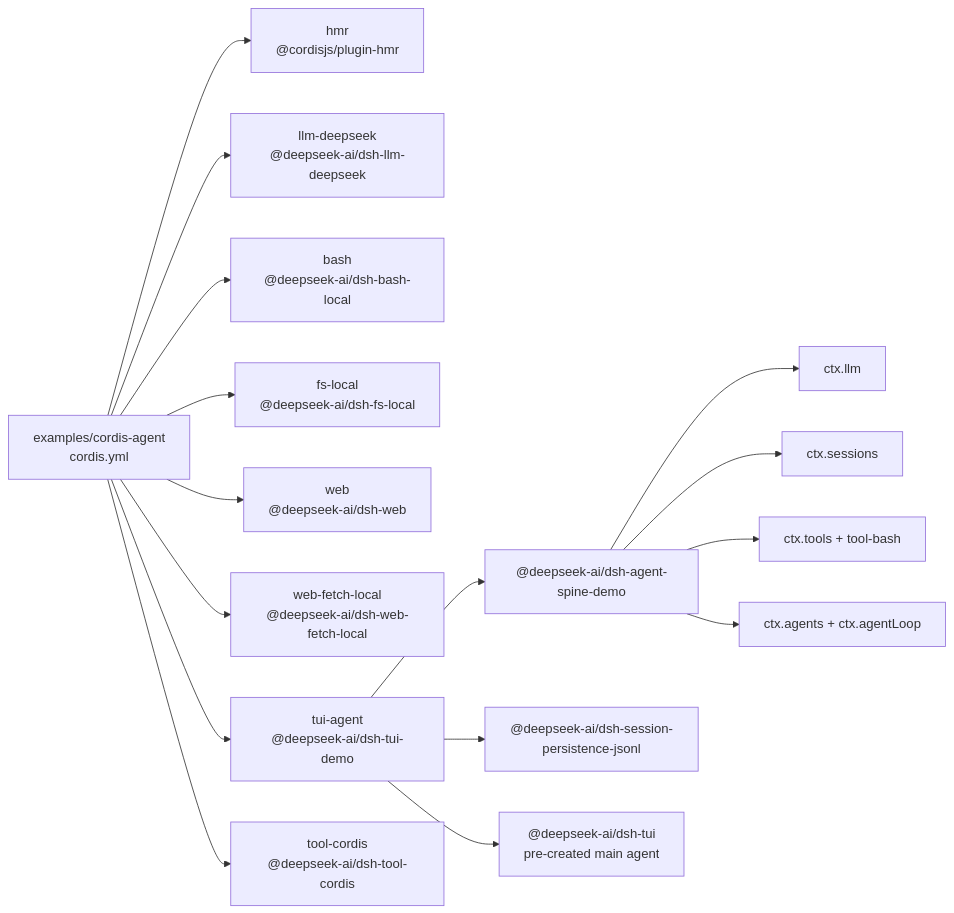
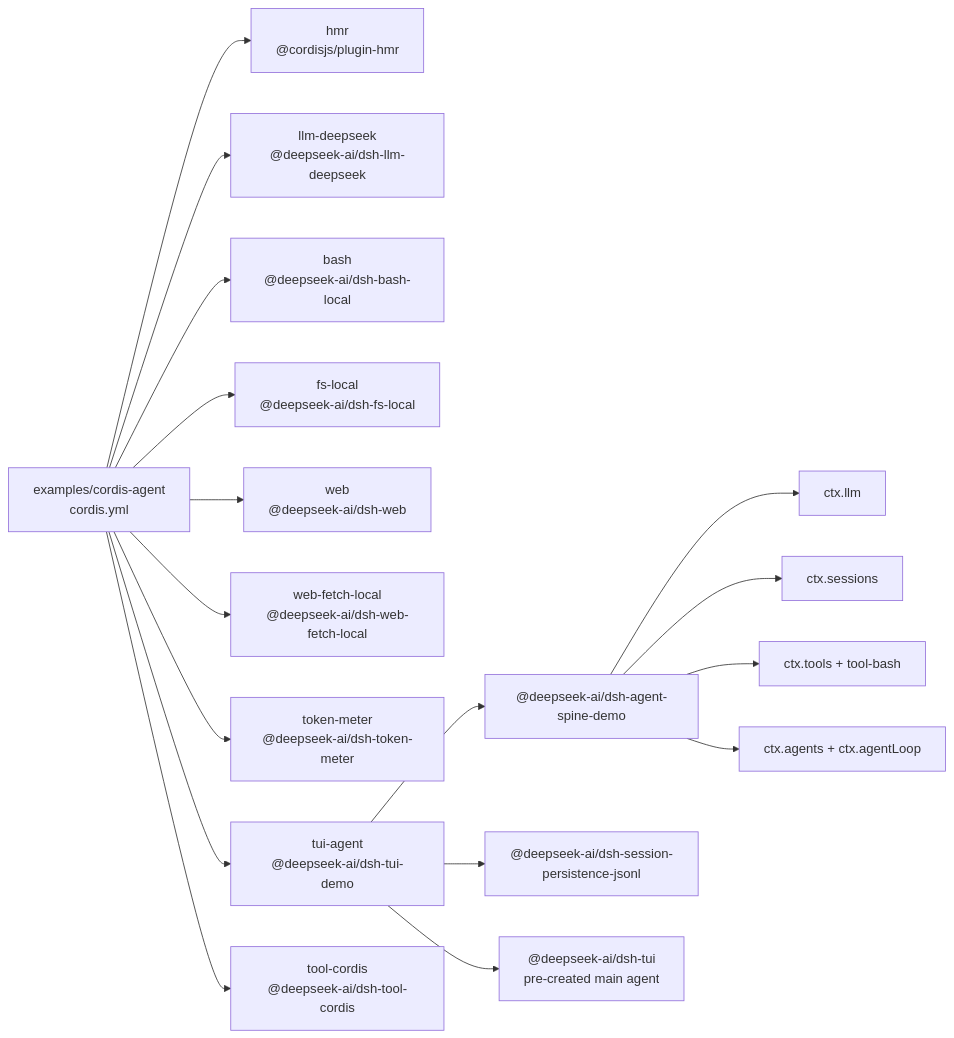
The diagram in examples/cordis-agent/composition.md (eru123/coco-harness), drawn with Mermaid before and after one commit. The commit also changed other lines of this file and 61 other files, not shown here.

````diff
--- a/examples/cordis-agent/composition.md
+++ b/examples/cordis-agent/composition.md
@@ -8,27 +8,29 @@
 ```mermaid
 flowchart LR
   cfg["examples/cordis-agent<br/>cordis.yml"]
   plugin_cordis_hmr["hmr<br/>@cordisjs/plugin-hmr"]
   cfg --> plugin_cordis_hmr
   plugin_cordis_llm_deepseek["llm-deepseek<br/>@deepseek-ai/dsh-llm-deepseek"]
   cfg --> plugin_cordis_llm_deepseek
   plugin_cordis_bash["bash<br/>@deepseek-ai/dsh-bash-local"]
   cfg --> plugin_cordis_bash
   plugin_cordis_fs_local["fs-local<br/>@deepseek-ai/dsh-fs-local"]
   cfg --> plugin_cordis_fs_local
   plugin_cordis_web["web<br/>@deepseek-ai/dsh-web"]
   cfg --> plugin_cordis_web
   plugin_cordis_web_fetch_local["web-fetch-local<br/>@deepseek-ai/dsh-web-fetch-local"]
   cfg --> plugin_cordis_web_fetch_local
+  plugin_cordis_token_meter["token-meter<br/>@deepseek-ai/dsh-token-meter"]
+  cfg --> plugin_cordis_token_meter
   plugin_cordis_tui_agent["tui-agent<br/>@deepseek-ai/dsh-tui-demo"]
   cfg --> plugin_cordis_tui_agent
   plugin_cordis_tui_agent --> bundle_agent_core["@deepseek-ai/dsh-agent-spine-demo"]
   plugin_cordis_tui_agent --> bundle_jsonl["@deepseek-ai/dsh-session-persistence-jsonl"]
   plugin_cordis_tui_agent --> frontdoor_tui["@deepseek-ai/dsh-tui<br/>pre-created main agent"]
   bundle_agent_core --> spine_llm["ctx.llm"]
   bundle_agent_core --> spine_sessions["ctx.sessions"]
   bundle_agent_core --> spine_tools["ctx.tools + tool-bash"]
   bundle_agent_core --> spine_loop["ctx.agents + ctx.agentLoop"]
   plugin_cordis_tool_cordis["tool-cordis<br/>@deepseek-ai/dsh-tool-cordis"]
   cfg --> plugin_cordis_tool_cordis
 ```
````
